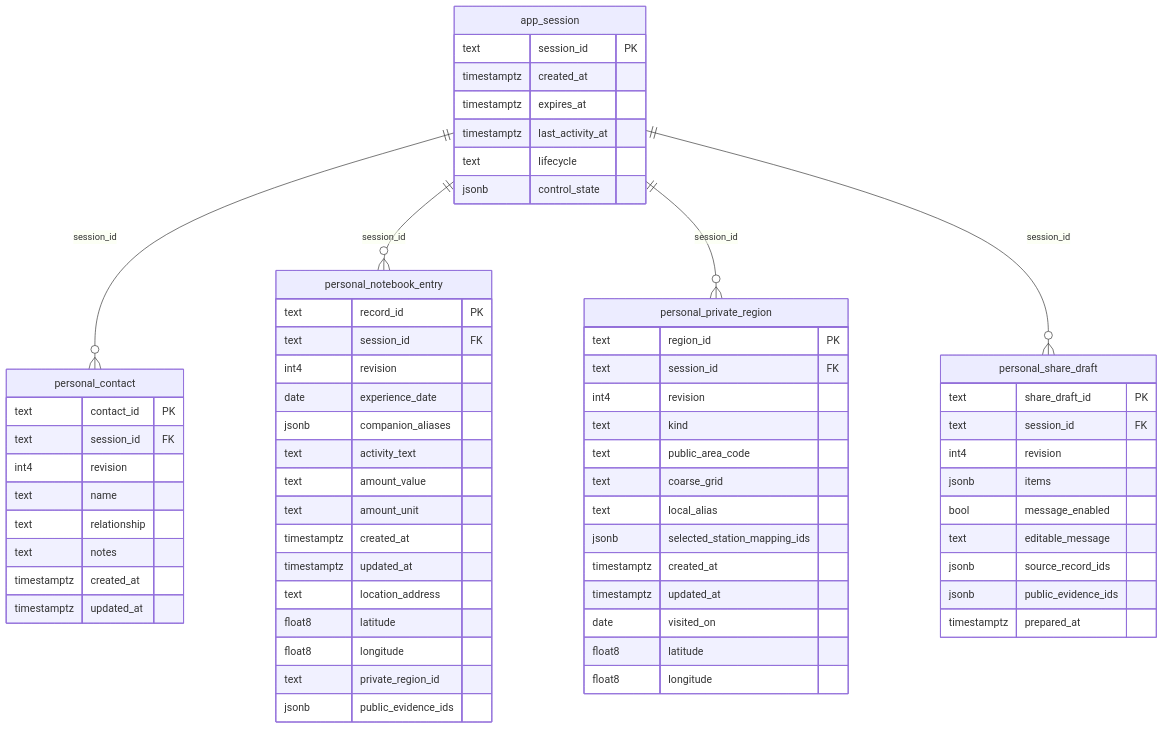
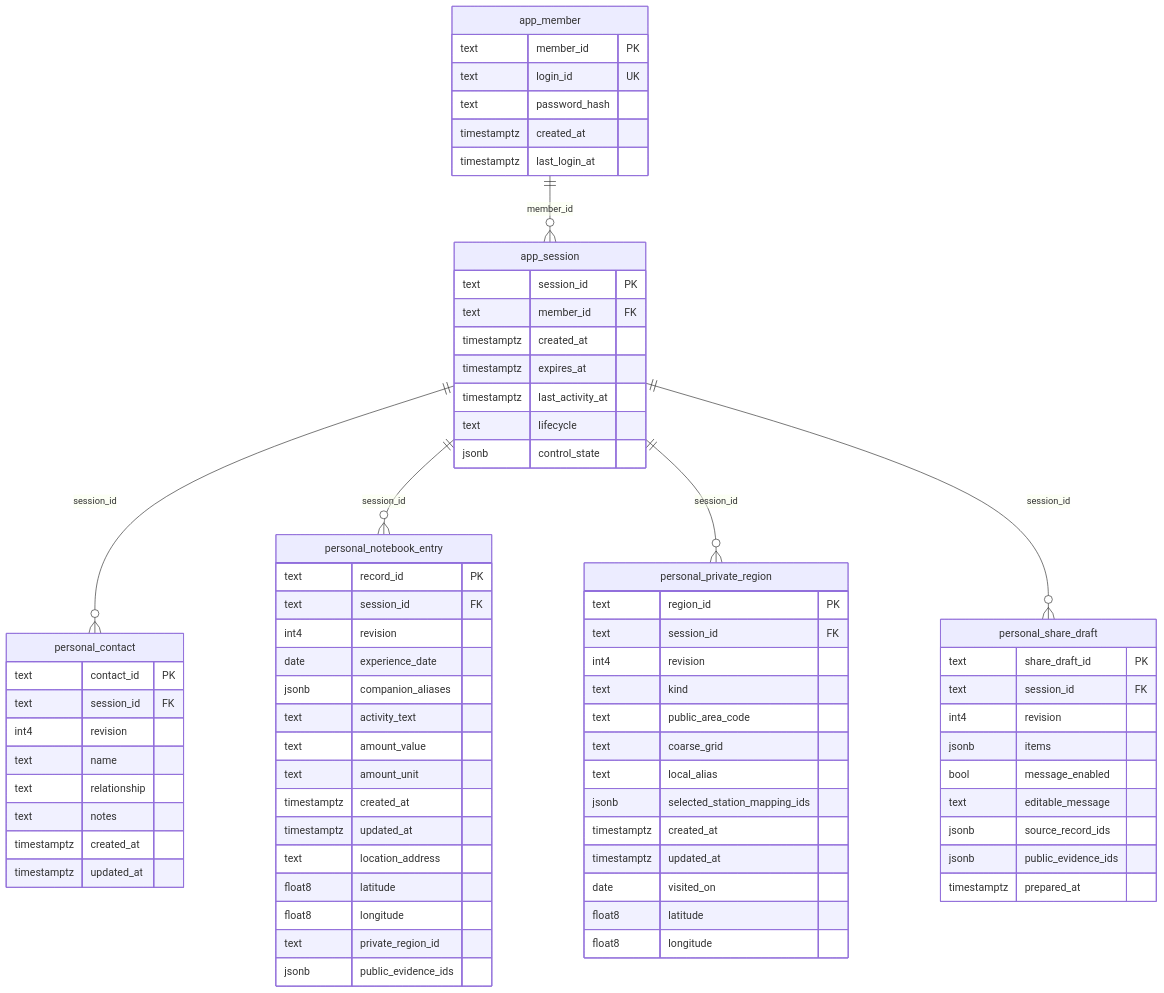
Before and after one commit to gracefullight/gosari-it: the second of 4 diagrams in docs/architecture.md, drawn with Mermaid. The commit also changed other lines of this file and 6 other files, not shown here.

````diff
--- a/docs/architecture.md
+++ b/docs/architecture.md
@@ -49,68 +49,77 @@
 ```mermaid
 erDiagram
+    app_member {
+        text member_id PK
+        text login_id UK
+        text password_hash
+        timestamptz created_at
+        timestamptz last_login_at
+    }
     app_session {
         text session_id PK
+        text member_id FK
         timestamptz created_at
         timestamptz expires_at
         timestamptz last_activity_at
         text lifecycle
         jsonb control_state
     }
     personal_notebook_entry {
         text record_id PK
         text session_id FK
         int4 revision
         date experience_date
         jsonb companion_aliases
         text activity_text
         text amount_value
         text amount_unit
         timestamptz created_at
         timestamptz updated_at
         text location_address
         float8 latitude
         float8 longitude
         text private_region_id
         jsonb public_evidence_ids
     }
     personal_private_region {
         text region_id PK
         text session_id FK
         int4 revision
         text kind
         text public_area_code
         text coarse_grid
         text local_alias
         jsonb selected_station_mapping_ids
         timestamptz created_at
         timestamptz updated_at
         date visited_on
         float8 latitude
         float8 longitude
     }
     personal_contact {
         text contact_id PK
         text session_id FK
         int4 revision
         text name
         text relationship
         text notes
         timestamptz created_at
         timestamptz updated_at
     }
     personal_share_draft {
         text share_draft_id PK
         text session_id FK
         int4 revision
         jsonb items
         bool message_enabled
         text editable_message
         jsonb source_record_ids
         jsonb public_evidence_ids
         timestamptz prepared_at
     }
+    app_member ||--o{ app_session : "member_id"
     app_session ||--o{ personal_contact : "session_id"
     app_session ||--o{ personal_notebook_entry : "session_id"
     app_session ||--o{ personal_private_region : "session_id"
     app_session ||--o{ personal_share_draft : "session_id"
 ```
````
